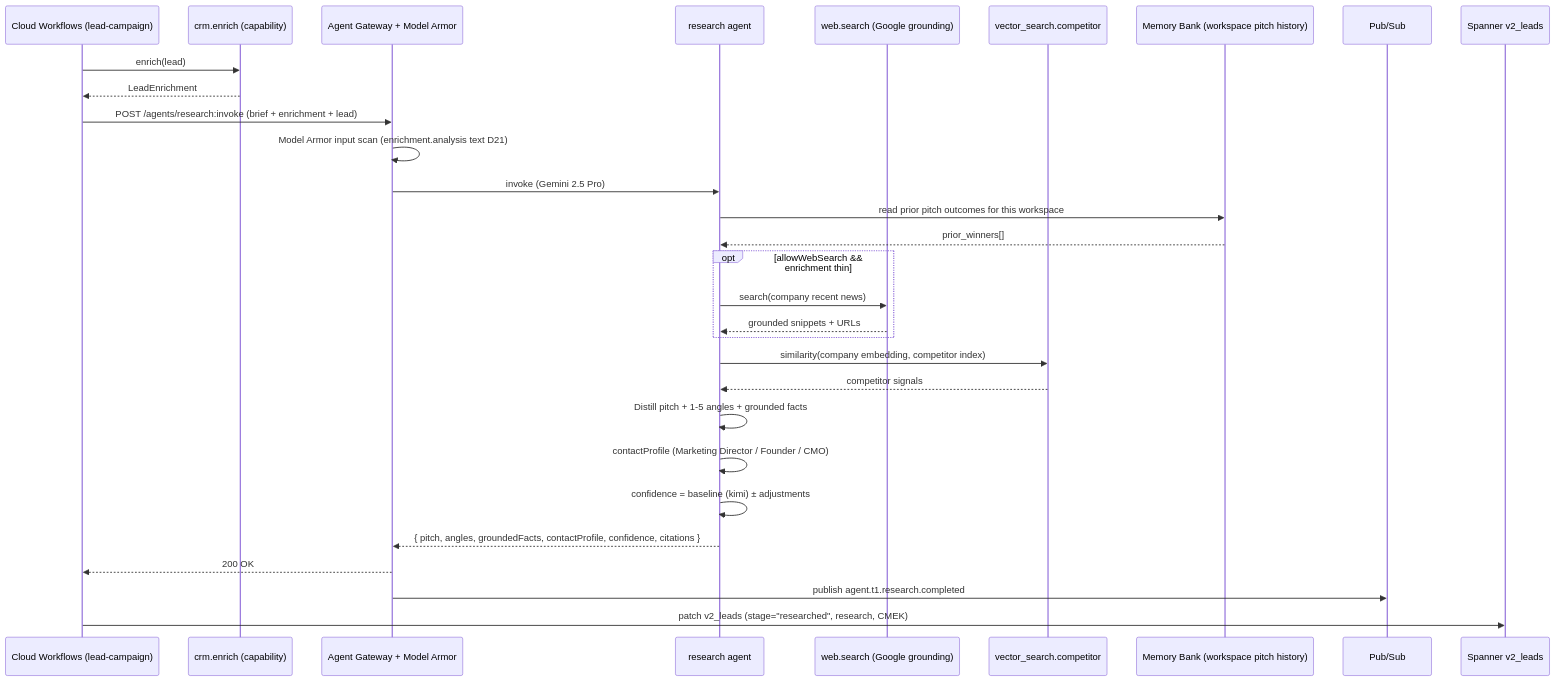
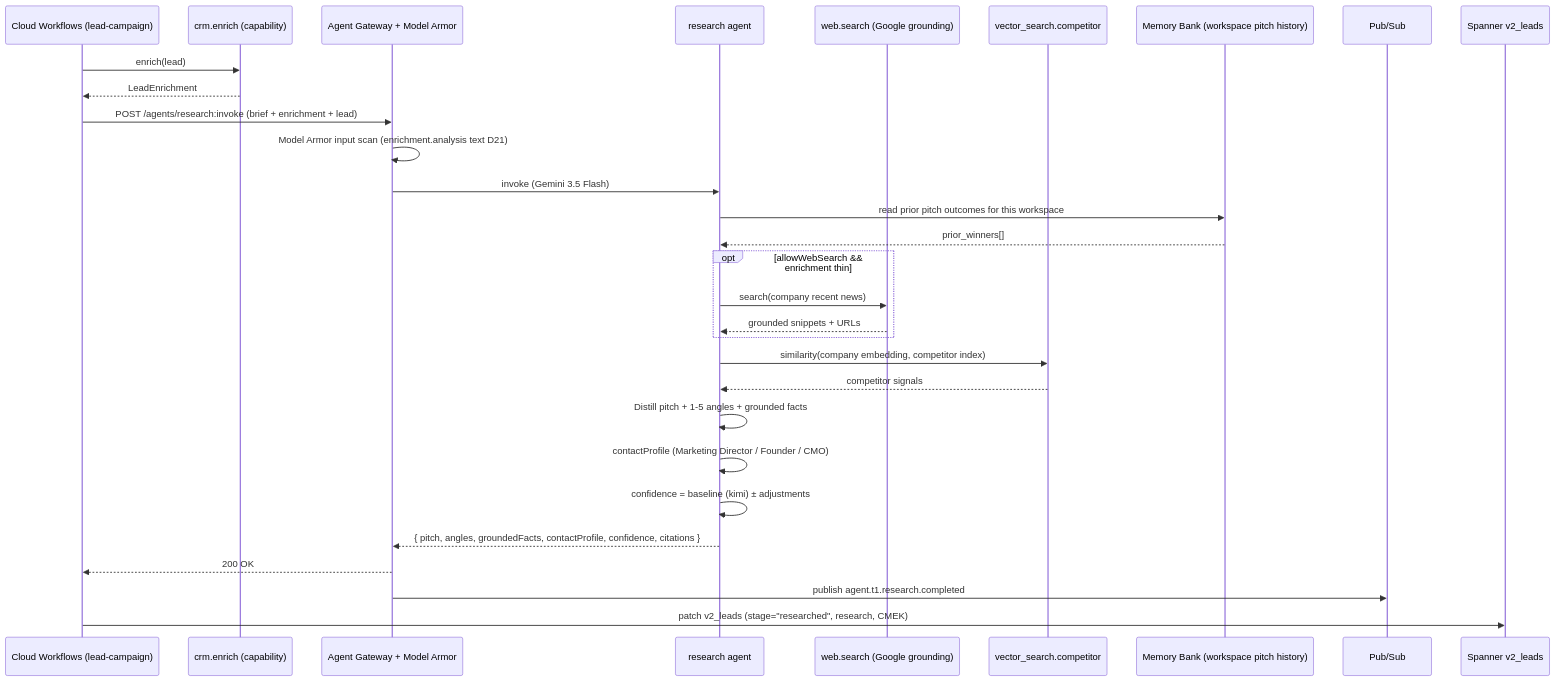
Before and after one commit to Two-Weeks-Team/social-seeding-v2-public: the diagram in gcp-research/specs/tier1/research.spec.md, drawn with Mermaid. The commit also changed other lines of this file and 30 other files, not shown here.

````diff
--- a/gcp-research/specs/tier1/research.spec.md
+++ b/gcp-research/specs/tier1/research.spec.md
@@ -187,33 +187,33 @@
 ```mermaid
 sequenceDiagram
   participant WF as Cloud Workflows (lead-campaign)
   participant CE as crm.enrich (capability)
   participant AG as Agent Gateway + Model Armor
   participant RE as research agent
   participant WS as web.search (Google grounding)
   participant VC as vector_search.competitor
   participant MB as Memory Bank (workspace pitch history)
   participant PS as Pub/Sub
   participant SP as Spanner v2_leads
 
   WF->>CE: enrich(lead)
   CE-->>WF: LeadEnrichment
   WF->>AG: POST /agents/research:invoke (brief + enrichment + lead)
   AG->>AG: Model Armor input scan (enrichment.analysis text D21)
-  AG->>RE: invoke (Gemini 2.5 Pro)
+  AG->>RE: invoke (Gemini 3.5 Flash)
   RE->>MB: read prior pitch outcomes for this workspace
   MB-->>RE: prior_winners[]
   opt allowWebSearch && enrichment thin
     RE->>WS: search(company recent news)
     WS-->>RE: grounded snippets + URLs
   end
   RE->>VC: similarity(company embedding, competitor index)
   VC-->>RE: competitor signals
   RE->>RE: Distill pitch + 1-5 angles + grounded facts
   RE->>RE: contactProfile (Marketing Director / Founder / CMO)
   RE->>RE: confidence = baseline (kimi) ± adjustments
   RE-->>AG: { pitch, angles, groundedFacts, contactProfile, confidence, citations }
   AG-->>WF: 200 OK
   AG->>PS: publish agent.t1.research.completed
   WF->>SP: patch v2_leads (stage="researched", research, CMEK)
 ```
````
